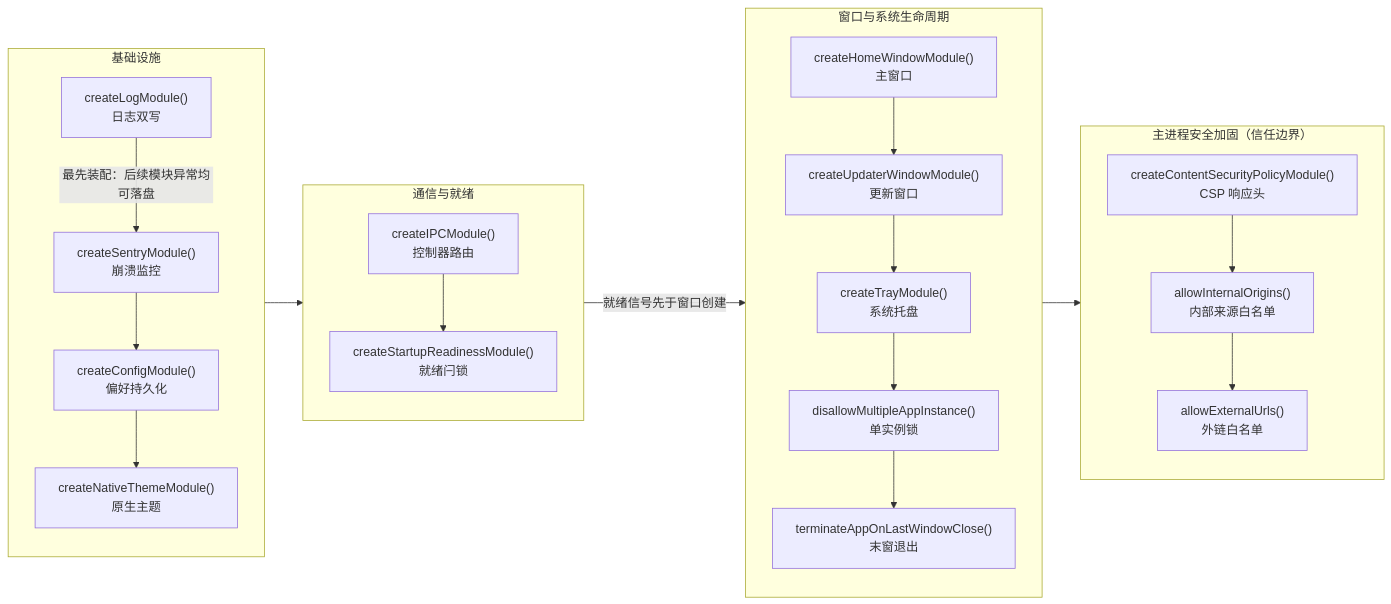
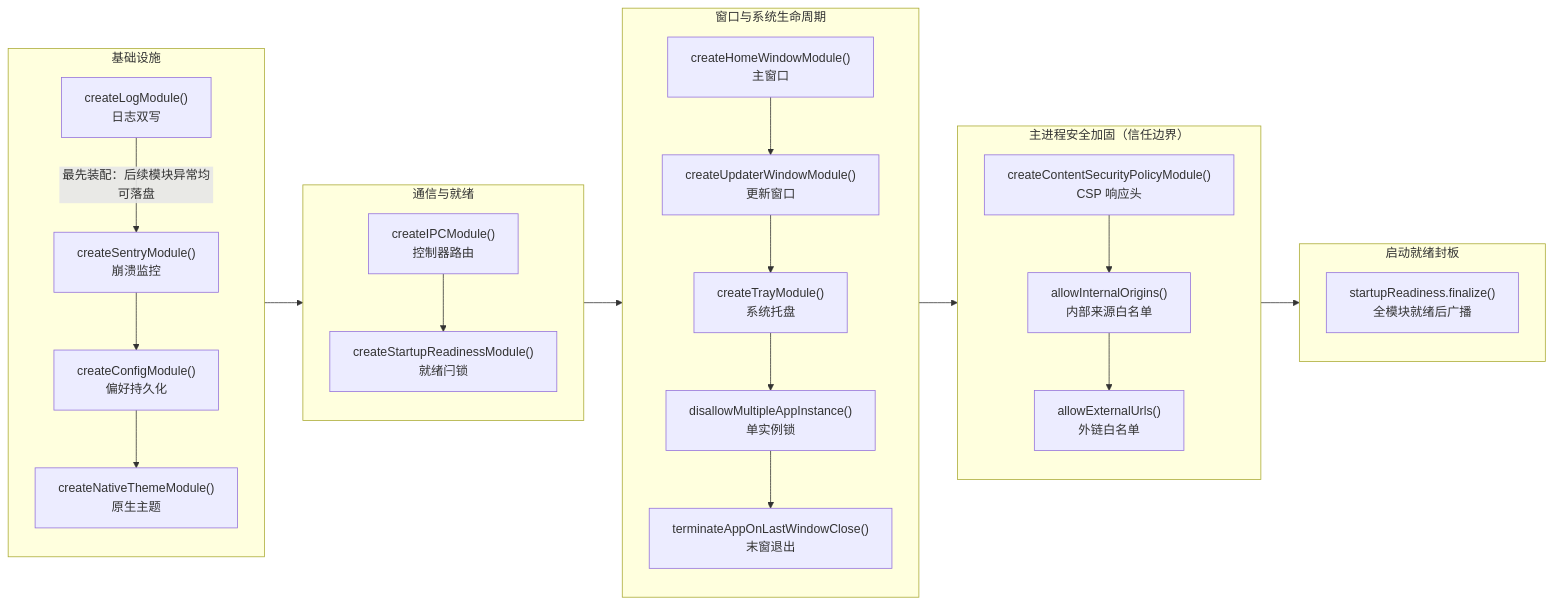
Before and after one commit to BanShan-Alec/electron-react-monorepo-template: the diagram in packages/docs/src/pages/architecture/module-lifecycle.md, drawn with Mermaid. The commit also changed other lines of this file and 6 other files, not shown here.

````diff
--- a/packages/docs/src/pages/architecture/module-lifecycle.md
+++ b/packages/docs/src/pages/architecture/module-lifecycle.md
@@ -21,41 +21,47 @@
 ```mermaid
 flowchart LR
   subgraph foundation["基础设施"]
     direction TB
     LOG["createLogModule()<br/>日志双写"]
     SENTRY["createSentryModule()<br/>崩溃监控"]
     CONFIG["createConfigModule()<br/>偏好持久化"]
     THEME["createNativeThemeModule()<br/>原生主题"]
     LOG -->|"最先装配：后续模块异常均可落盘"| SENTRY
     SENTRY --> CONFIG --> THEME
   end
 
   subgraph runtime["通信与就绪"]
     direction TB
     IPC["createIPCModule()<br/>控制器路由"]
     READY["createStartupReadinessModule()<br/>就绪闩锁"]
     IPC --> READY
   end
 
   subgraph windows["窗口与系统生命周期"]
     direction TB
     WIN["createHomeWindowModule()<br/>主窗口"]
     UPDATER_WIN["createUpdaterWindowModule()<br/>更新窗口"]
     TRAY["createTrayModule()<br/>系统托盘"]
     SINGLE["disallowMultipleAppInstance()<br/>单实例锁"]
     TERM["terminateAppOnLastWindowClose()<br/>末窗退出"]
     WIN --> UPDATER_WIN --> TRAY --> SINGLE --> TERM
   end
 
   subgraph security["主进程安全加固（信任边界）"]
     direction TB
     CSP["createContentSecurityPolicyModule()<br/>CSP 响应头"]
     ORIGIN["allowInternalOrigins()<br/>内部来源白名单"]
     EXT["allowExternalUrls()<br/>外链白名单"]
     CSP --> ORIGIN --> EXT
   end
 
+  subgraph finalize["启动就绪封板"]
+    direction TB
+    READY_FIN["startupReadiness.finalize()<br/>全模块就绪后广播"]
+  end
+
   foundation --> runtime
-  runtime -->|"就绪信号先于窗口创建"| windows
+  runtime --> windows
   windows --> security
+  security --> finalize
 ```
````
